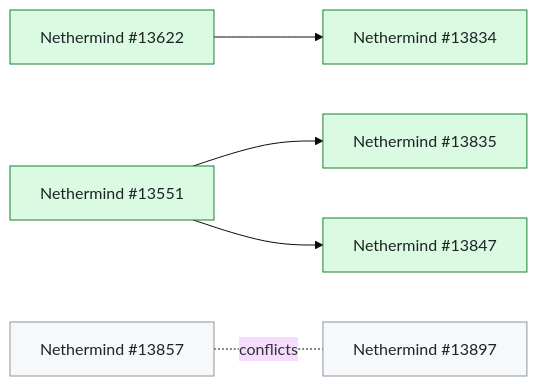
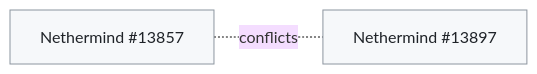
Before and after one commit to banteg/trace-interop: the second of 3 diagrams in docs/client-fixes.md, drawn with Mermaid (base theme). The commit also changed other lines of this file and 3 other files, not shown here.

First line of the commit message:
docs(fixes): draw only the remaining steps in fix diagrams

````diff
--- a/docs/client-fixes.md
+++ b/docs/client-fixes.md
@@ -70,16 +61,7 @@
 ```mermaid
 flowchart LR
-  Nethermind_13834["Nethermind #13834"]:::in_measured_build
-  Nethermind_13622["Nethermind #13622"]:::in_measured_build
-  Nethermind_13835["Nethermind #13835"]:::in_measured_build
-  Nethermind_13551["Nethermind #13551"]:::in_measured_build
-  Nethermind_13847["Nethermind #13847"]:::in_measured_build
   Nethermind_13857["Nethermind #13857"]:::open
   Nethermind_13897["Nethermind #13897"]:::open
-  Nethermind_13622 --> Nethermind_13834
-  Nethermind_13551 --> Nethermind_13835
-  Nethermind_13551 --> Nethermind_13847
   Nethermind_13857 -. conflicts .- Nethermind_13897
   classDef open fill:#f6f8fa,stroke:#8c959f,color:#1f2328
-  classDef in_measured_build fill:#dafbe1,stroke:#1a7f37,color:#1f2328
 ```
````
